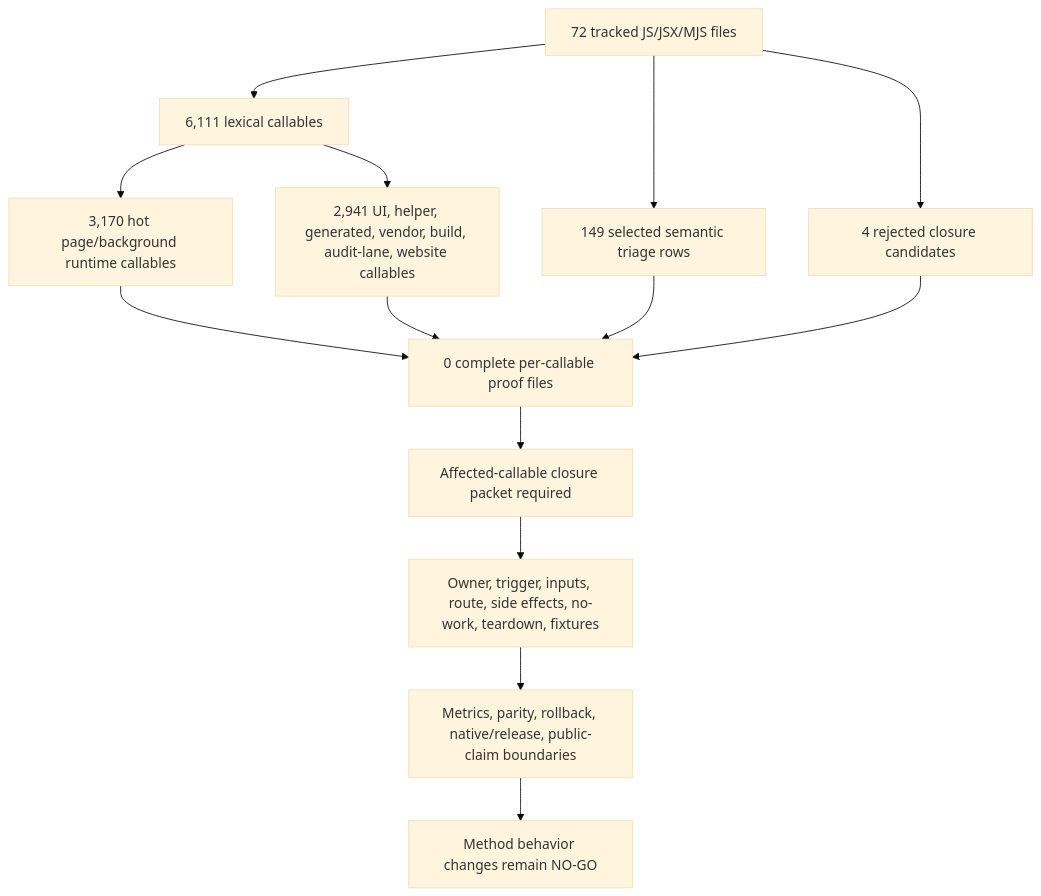
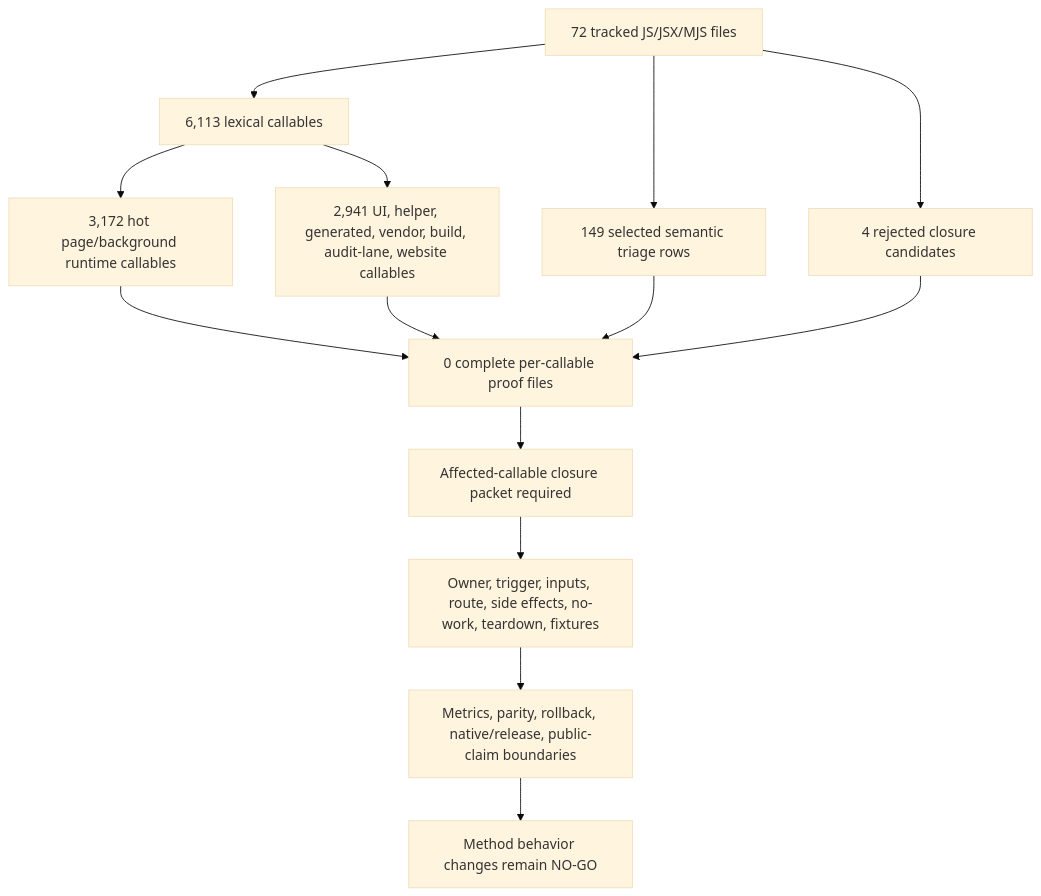
One commit to varshneydevansh/FilterTube changed the first of 2 diagrams in docs/audit/FILTERTUBE_METHOD_SEMANTIC_PROOF_GAP_INDEX_CURRENT_BEHAVIOR_2026-05-25.md. Above: the diagram before and after it, drawn with Mermaid (base theme). The commit also changed other lines of this file and 203 other files, not shown here.

````diff
--- a/docs/audit/FILTERTUBE_METHOD_SEMANTIC_PROOF_GAP_INDEX_CURRENT_BEHAVIOR_2026-05-25.md
+++ b/docs/audit/FILTERTUBE_METHOD_SEMANTIC_PROOF_GAP_INDEX_CURRENT_BEHAVIOR_2026-05-25.md
@@ -147,16 +147,16 @@
 ```mermaid
 flowchart TD
-  A["72 tracked JS/JSX/MJS files"] --> B["6,111 lexical callables"]
-  B --> C["3,170 hot page/background runtime callables"]
+  A["72 tracked JS/JSX/MJS files"] --> B["6,113 lexical callables"]
+  B --> C["3,172 hot page/background runtime callables"]
   B --> D["2,941 UI, helper, generated, vendor, build, audit-lane, website callables"]
   A --> E["149 selected semantic triage rows"]
   A --> F["4 rejected closure candidates"]
   C --> G["0 complete per-callable proof files"]
   D --> G
   E --> G
   F --> G
   G --> H["Affected-callable closure packet required"]
   H --> I["Owner, trigger, inputs, route, side effects, no-work, teardown, fixtures"]
   I --> J["Metrics, parity, rollback, native/release, public-claim boundaries"]
   J --> K["Method behavior changes remain NO-GO"]
 ```
````
